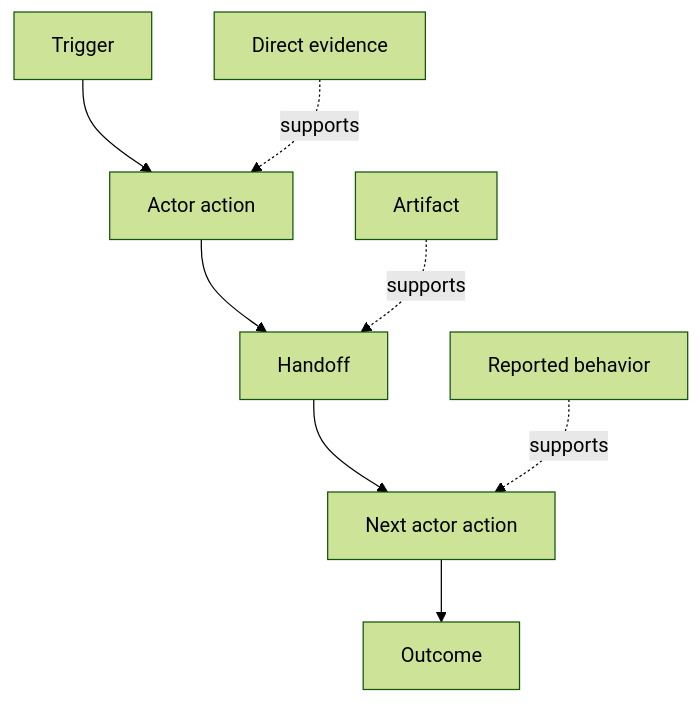
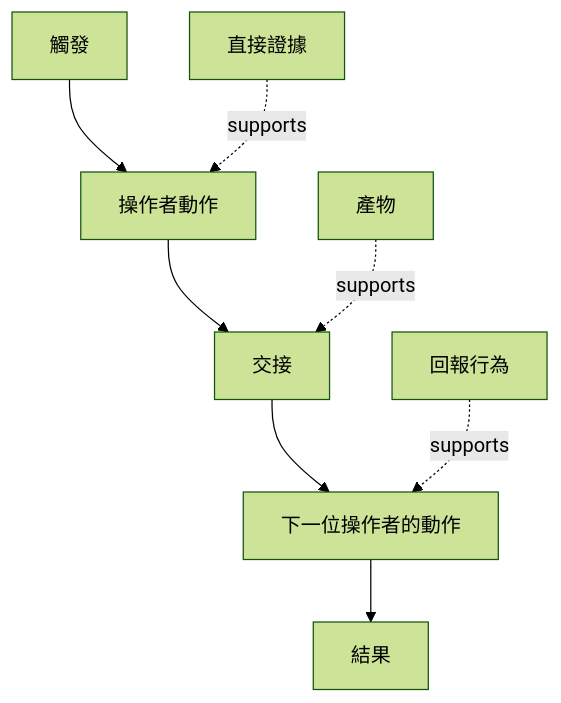
The diagram in i18n/zh-TW/phases/14-agent-engineering/48-discover-the-real-workflow/docs/zh-TW.md (edward821220/ai-engineering-from-scratch), drawn with Mermaid (forest theme) before and after one commit. The commit also changed other lines of this file and 43 other files, not shown here.

````diff
--- a/i18n/zh-TW/phases/14-agent-engineering/48-discover-the-real-workflow/docs/zh-TW.md
+++ b/i18n/zh-TW/phases/14-agent-engineering/48-discover-the-real-workflow/docs/zh-TW.md
@@ -47,10 +47,10 @@
 ```mermaid
 flowchart TD
-  T[Trigger] --> A1[Actor action]
-  A1 --> H[Handoff]
-  H --> A2[Next actor action]
-  A2 --> O[Outcome]
-  E1[Direct evidence] -.supports.-> A1
-  E2[Artifact] -.supports.-> H
-  E3[Reported behavior] -.supports.-> A2
+  T[觸發] --> A1[操作者動作]
+  A1 --> H[交接]
+  H --> A2[下一位操作者的動作]
+  A2 --> O[結果]
+  E1[直接證據] -.supports.-> A1
+  E2[產物] -.supports.-> H
+  E3[回報行為] -.supports.-> A2
 ```
````
